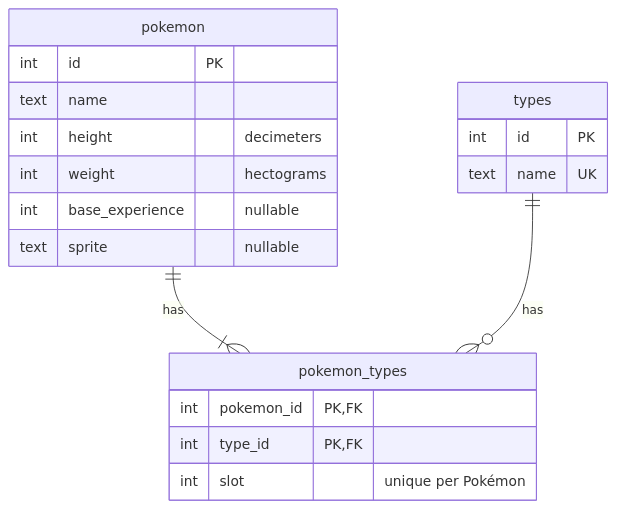
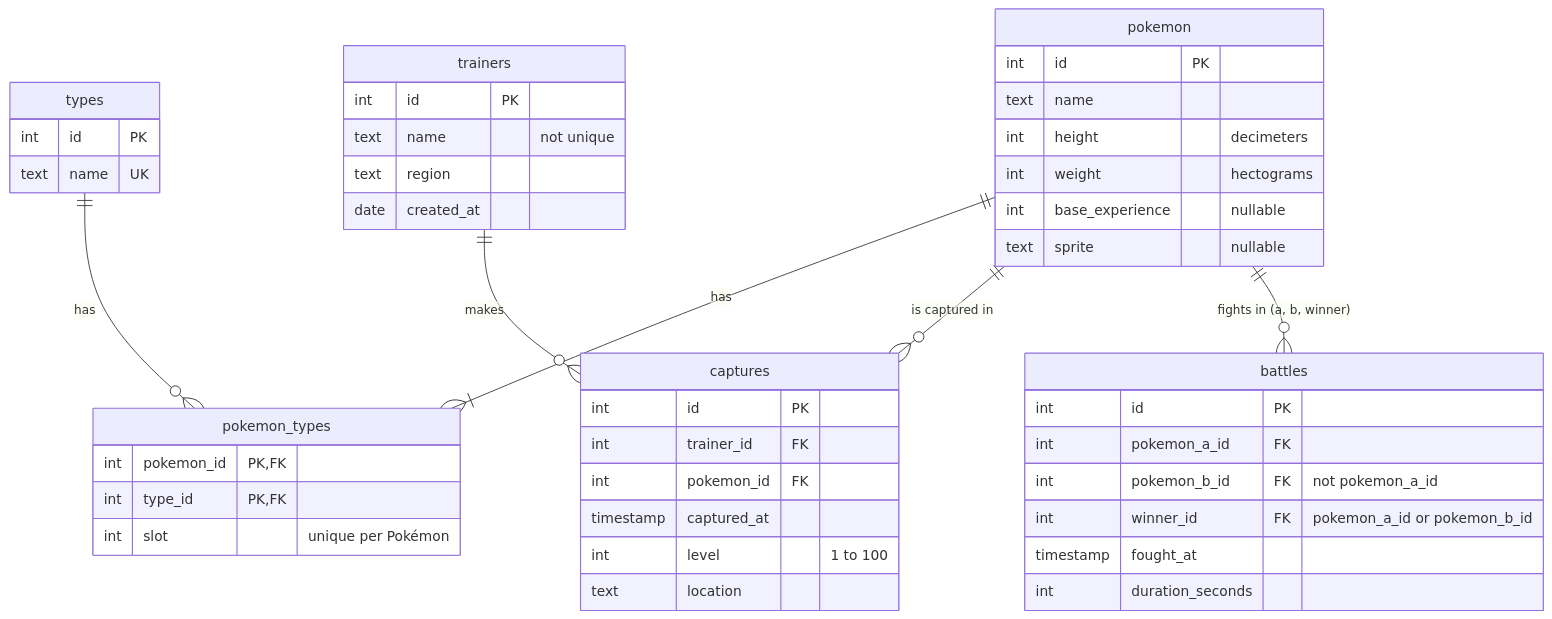
Before and after one commit to El-Vitas/desafio-falabella: the second of 2 diagrams in README.md, drawn with Mermaid. The commit also changed other lines of this file and 62 other files, not shown here.

````diff
--- a/README.md
+++ b/README.md
@@ -80,22 +105,47 @@
 ```mermaid
 erDiagram
     pokemon ||--|{ pokemon_types : has
     types ||--o{ pokemon_types : has
+    trainers ||--o{ captures : makes
+    pokemon ||--o{ captures : "is captured in"
+    pokemon ||--o{ battles : "fights in (a, b, winner)"
     pokemon {
         int id PK
         text name
         int height "decimeters"
         int weight "hectograms"
         int base_experience "nullable"
         text sprite "nullable"
     }
     types {
         int id PK
         text name UK
     }
     pokemon_types {
         int pokemon_id PK, FK
         int type_id PK, FK
         int slot "unique per Pokémon"
     }
+    trainers {
+        int id PK
+        text name "not unique"
+        text region
+        date created_at
+    }
+    captures {
+        int id PK
+        int trainer_id FK
+        int pokemon_id FK
+        timestamp captured_at
+        int level "1 to 100"
+        text location
+    }
+    battles {
+        int id PK
+        int pokemon_a_id FK
+        int pokemon_b_id FK "not pokemon_a_id"
+        int winner_id FK "pokemon_a_id or pokemon_b_id"
+        timestamp fought_at
+        int duration_seconds
+    }
 ```
````
